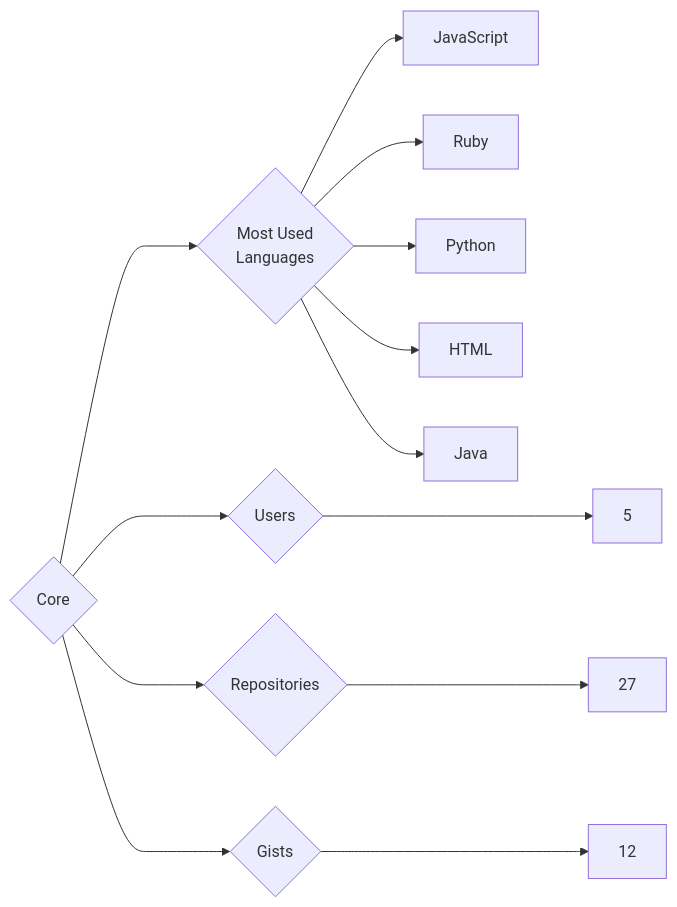
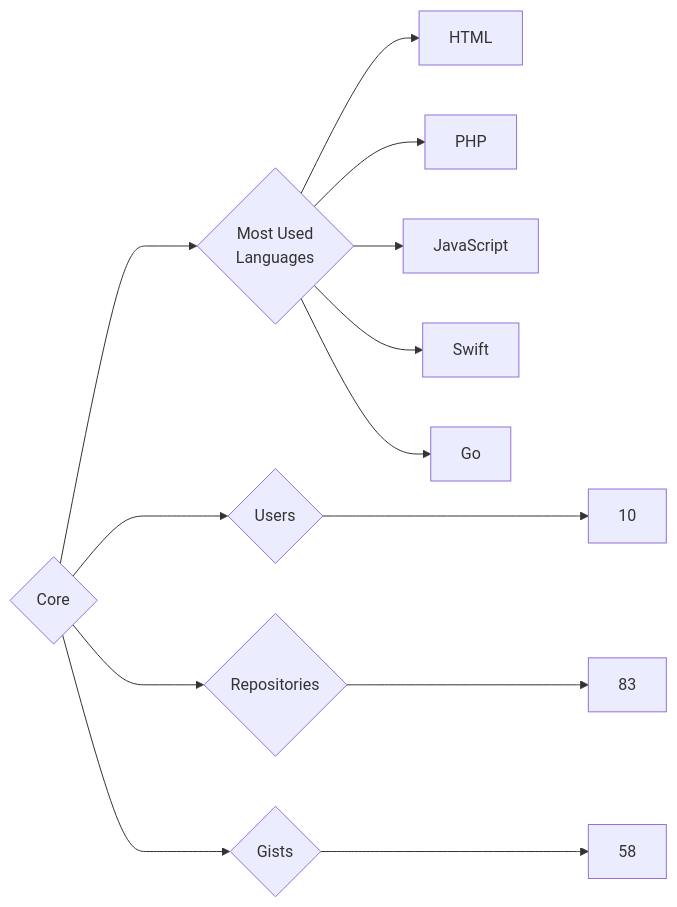
The diagram in targets/Core/README.md (trickest/insiders), drawn with Mermaid before and after one commit. The commit also changed 1166 other files, not shown here.

````diff
--- a/targets/Core/README.md
+++ b/targets/Core/README.md
@@ -3,13 +3,13 @@
 ```mermaid
 graph LR
 COMPANY_NAME{Core}
-COMPANY_NAME ---> U{Users} ---> UN[5]
-COMPANY_NAME ---> R{Repositories} ---> RN[27]
-COMPANY_NAME ---> G{Gists} ---> GN[12]
+COMPANY_NAME ---> U{Users} ---> UN[10]
+COMPANY_NAME ---> R{Repositories} ---> RN[83]
+COMPANY_NAME ---> G{Gists} ---> GN[58]
 COMPANY_NAME ---> ML{Most Used<br>Languages}
+ML --> HTML[HTML]
+ML --> PHP[PHP]
 ML --> JavaScript[JavaScript]
-ML --> Ruby[Ruby]
-ML --> Python[Python]
-ML --> HTML[HTML]
-ML --> Java[Java]
+ML --> Swift[Swift]
+ML --> Go[Go]
 ```
````
